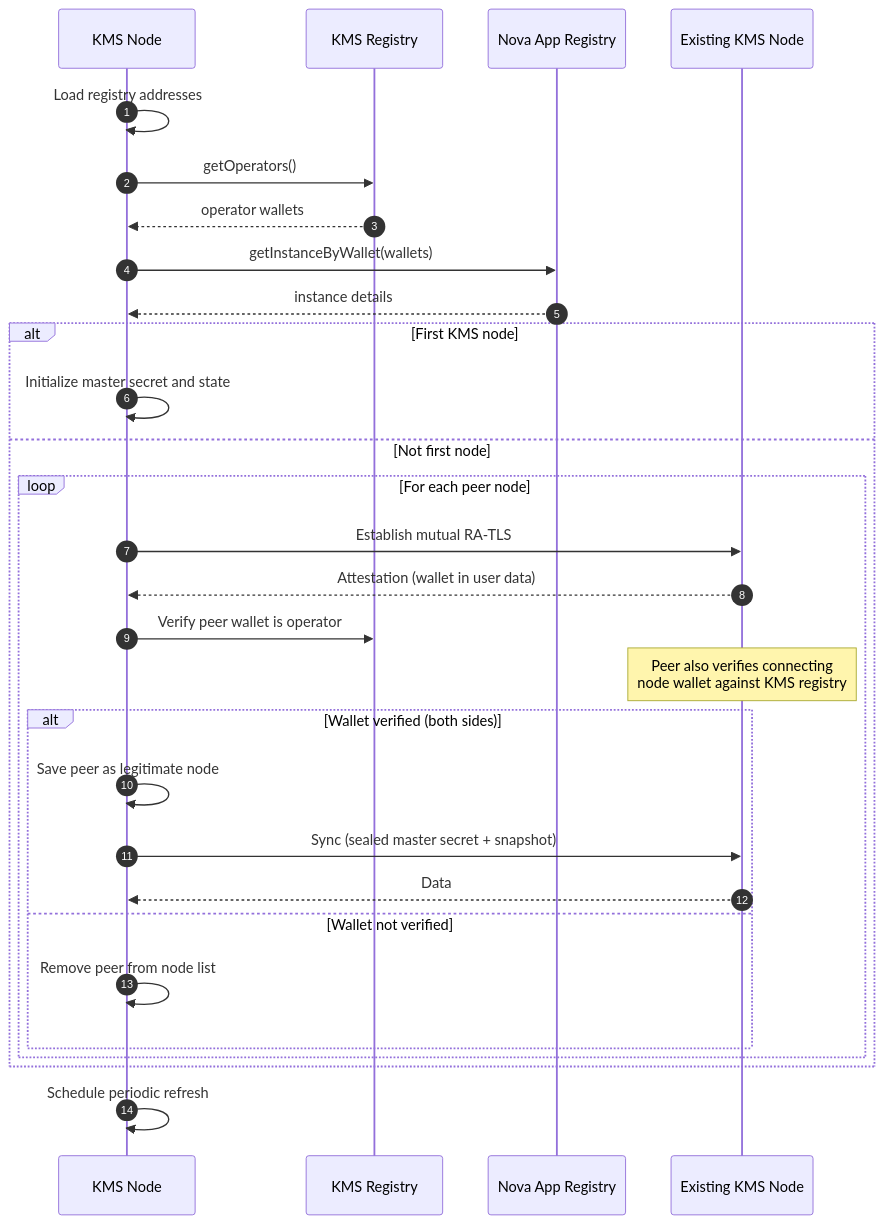
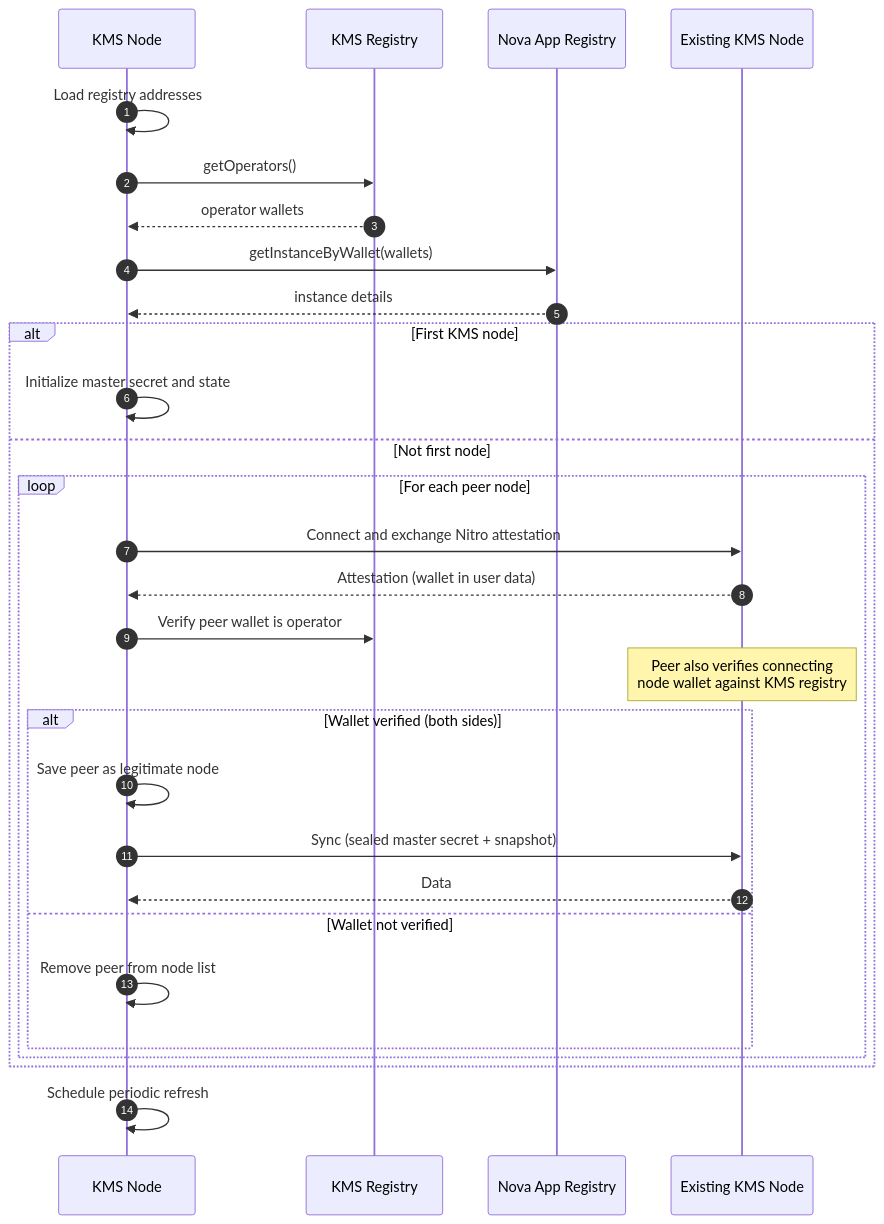
Before and after one commit to sparsity-xyz/nova-kms: the third of 4 diagrams in docs/kms-core-workflows.md, drawn with Mermaid. The commit also changed other lines of this file and 13 other files, not shown here.

````diff
--- a/docs/kms-core-workflows.md
+++ b/docs/kms-core-workflows.md
@@ -91,32 +91,32 @@
 ```mermaid
 sequenceDiagram
     autonumber
     participant KMSNode as KMS Node
     participant KMSRegistry as KMS Registry
     participant NovaRegistry as Nova App Registry
     participant PeerNode as Existing KMS Node
 
     KMSNode->>KMSNode: Load registry addresses
     KMSNode->>KMSRegistry: getOperators()
     KMSRegistry-->>KMSNode: operator wallets
     KMSNode->>NovaRegistry: getInstanceByWallet(wallets)
     NovaRegistry-->>KMSNode: instance details
     alt First KMS node
         KMSNode->>KMSNode: Initialize master secret and state
     else Not first node
         loop For each peer node
-            KMSNode->>PeerNode: Establish mutual RA-TLS
+            KMSNode->>PeerNode: Connect and exchange Nitro attestation
             PeerNode-->>KMSNode: Attestation (wallet in user data)
             KMSNode->>KMSRegistry: Verify peer wallet is operator
             Note over PeerNode: Peer also verifies connecting<br/>node wallet against KMS registry
             alt Wallet verified (both sides)
                 KMSNode->>KMSNode: Save peer as legitimate node
                 KMSNode->>PeerNode: Sync (sealed master secret + snapshot)
                 PeerNode-->>KMSNode: Data
             else Wallet not verified
                 KMSNode->>KMSNode: Remove peer from node list
             end
         end
     end
     KMSNode->>KMSNode: Schedule periodic refresh
 ```
````
